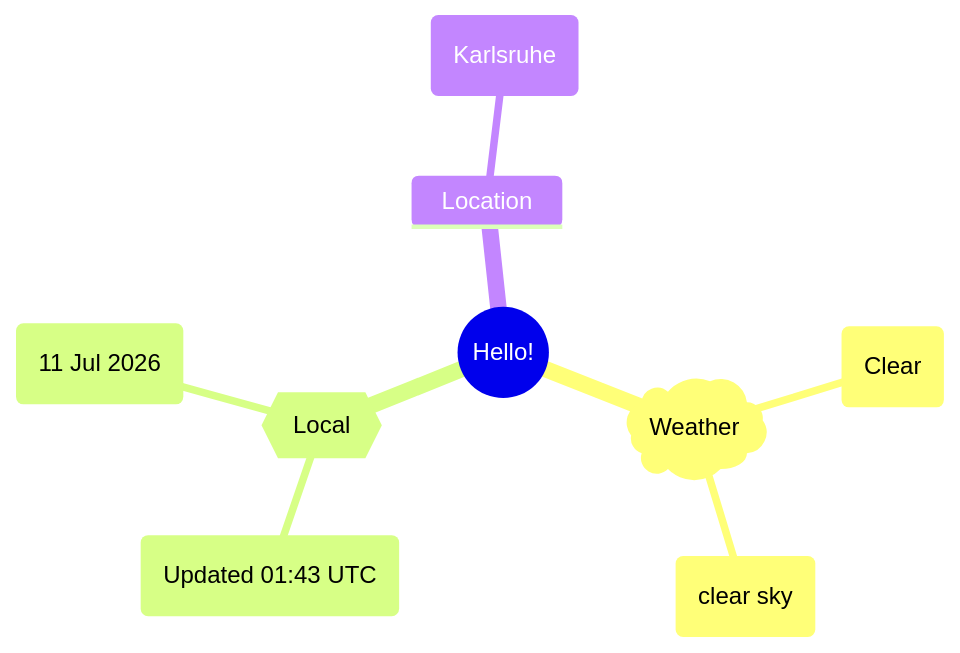
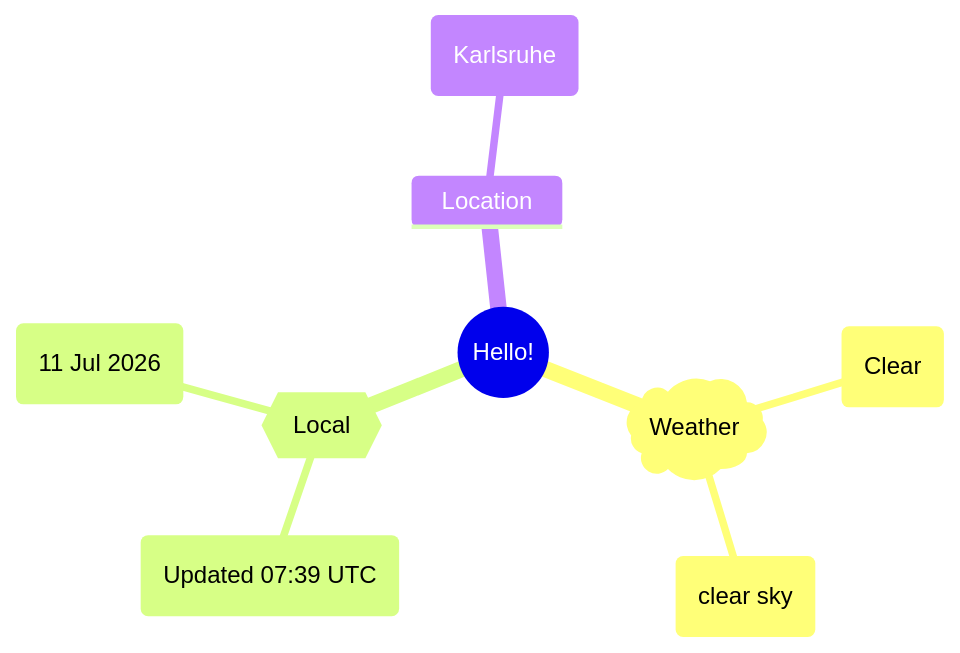
One commit to Xosrov/Xosrov changed the first of 2 diagrams in README.md. Above: the diagram before and after it, drawn with Mermaid.

Commit message:
[bot] updated images

````diff
--- a/README.md
+++ b/README.md
@@ -3,12 +3,12 @@
 ```mermaid
 mindmap
   root((Hello!))
     )Weather(
         (Clear)
         (clear sky)
     {{Local}}
-        (Updated 01:43 UTC)
+        (Updated 07:39 UTC)
         (11 Jul 2026)
     Location
         (Karlsruhe)
 ```
````
